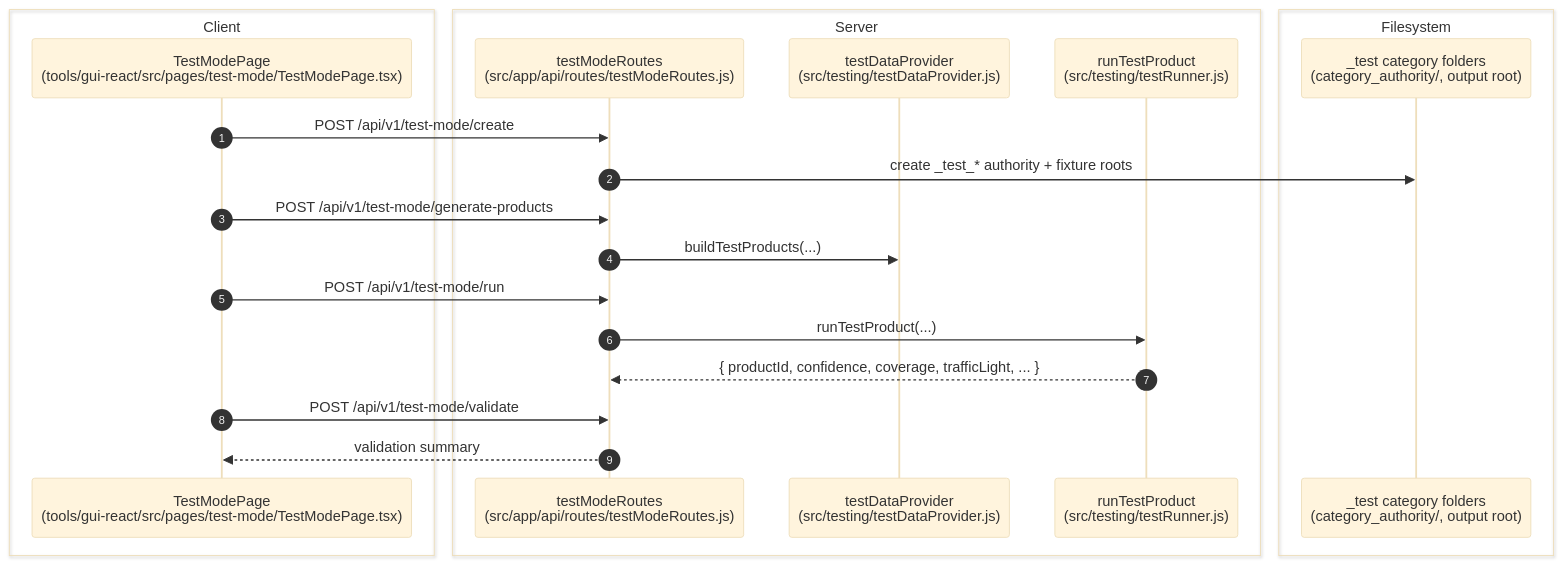
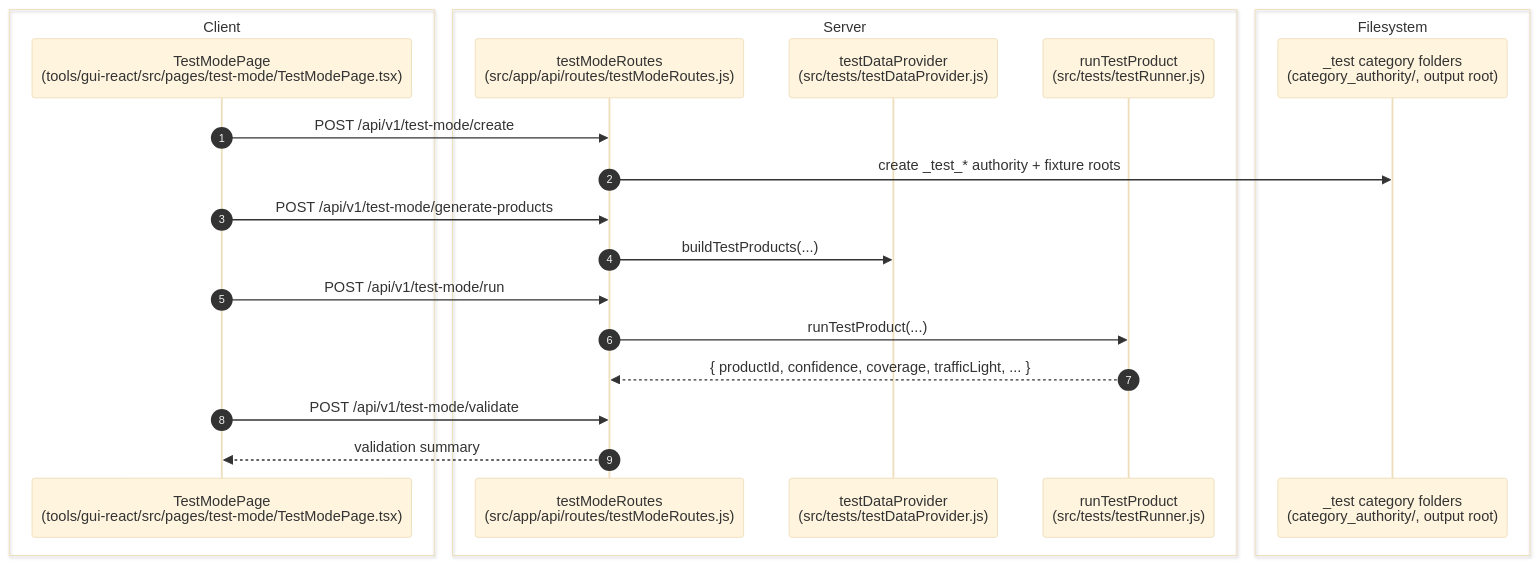
The diagram in docs/04-features/test-mode.md (CdubVentures/Spec-Factory), drawn with Mermaid before and after one commit. The commit also changed other lines of this file and 217 other files, not shown here.

````diff
--- a/docs/04-features/test-mode.md
+++ b/docs/04-features/test-mode.md
@@ -57,25 +57,25 @@
 ```mermaid
 %%{init: {'theme': 'base', 'themeVariables': { 'fontSize': '20px', 'actorWidth': 250, 'actorMargin': 200, 'boxMargin': 20 }}}%%
 sequenceDiagram
   autonumber
   box Client
     participant TestPage as TestModePage<br/>(tools/gui-react/src/pages/test-mode/TestModePage.tsx)
   end
   box Server
     participant TestRoutes as testModeRoutes<br/>(src/app/api/routes/testModeRoutes.js)
-    participant Provider as testDataProvider<br/>(src/testing/testDataProvider.js)
-    participant Runner as runTestProduct<br/>(src/testing/testRunner.js)
+    participant Provider as testDataProvider<br/>(src/tests/testDataProvider.js)
+    participant Runner as runTestProduct<br/>(src/tests/testRunner.js)
   end
   box Filesystem
     participant TestCat as _test category folders<br/>(category_authority/, output root)
   end
   TestPage->>TestRoutes: POST /api/v1/test-mode/create
   TestRoutes->>TestCat: create _test_* authority + fixture roots
   TestPage->>TestRoutes: POST /api/v1/test-mode/generate-products
   TestRoutes->>Provider: buildTestProducts(...)
   TestPage->>TestRoutes: POST /api/v1/test-mode/run
   TestRoutes->>Runner: runTestProduct(...)
   Runner-->>TestRoutes: { productId, confidence, coverage, trafficLight, ... }
   TestPage->>TestRoutes: POST /api/v1/test-mode/validate
   TestRoutes-->>TestPage: validation summary
 ```
````
